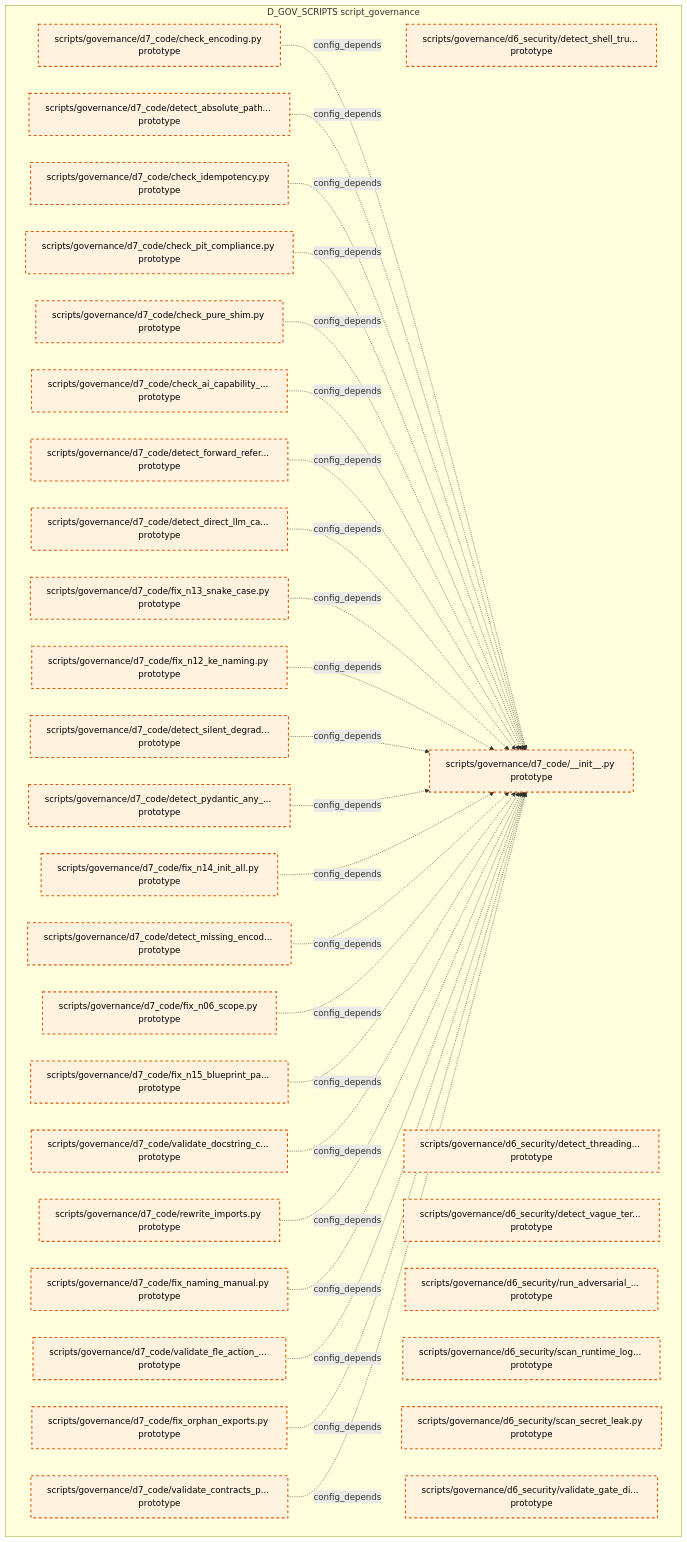
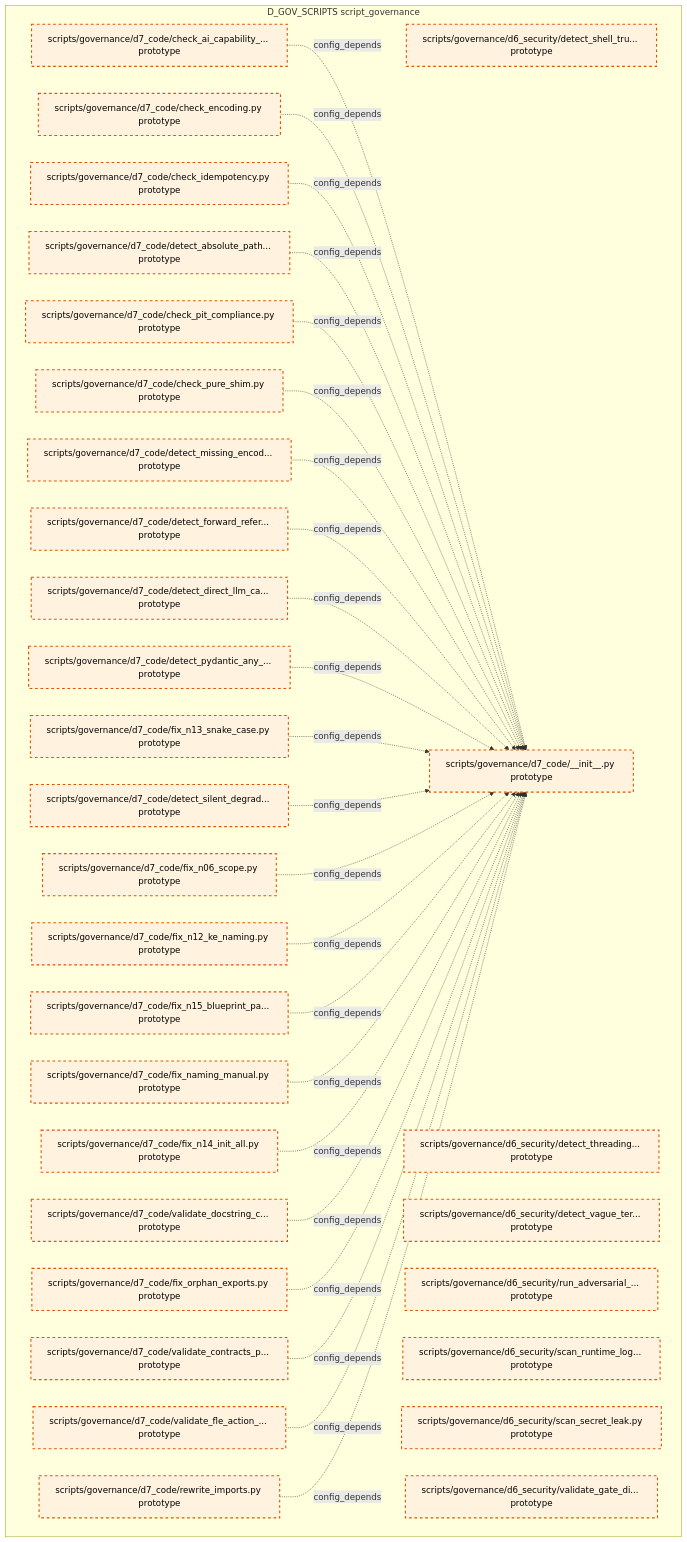
The tenth of 15 diagrams in docs/02_enterprise_architecture/02_domain_architecture_docs/36_d_gov_scripts.md (xuanFelixVan/ZephyrAlpha), drawn with Mermaid before and after one commit. The commit also changed other lines of this file and 99 other files, not shown here.

````diff
--- a/docs/02_enterprise_architecture/02_domain_architecture_docs/36_d_gov_scripts.md
+++ b/docs/02_enterprise_architecture/02_domain_architecture_docs/36_d_gov_scripts.md
@@ -691,62 +688,62 @@
 ```mermaid
 graph TD
     subgraph D_GOV_SCRIPTS["D_GOV_SCRIPTS script_governance"]
         scripts_governance_d6_security_detect_shell_true_py["scripts/governance/d6_security/detect_shell_tru... prototype"]
         scripts_governance_d6_security_detect_threading_lock_py["scripts/governance/d6_security/detect_threading... prototype"]
         scripts_governance_d6_security_detect_vague_terms_py["scripts/governance/d6_security/detect_vague_ter... prototype"]
         scripts_governance_d6_security_run_adversarial_checks_py["scripts/governance/d6_security/run_adversarial_... prototype"]
         scripts_governance_d6_security_scan_runtime_log_secrets_py["scripts/governance/d6_security/scan_runtime_log... prototype"]
         scripts_governance_d6_security_scan_secret_leak_py["scripts/governance/d6_security/scan_secret_leak.py prototype"]
         scripts_governance_d6_security_validate_gate_discipline_py["scripts/governance/d6_security/validate_gate_di... prototype"]
         scripts_governance_d7_code_init_py["scripts/governance/d7_code/__init__.py prototype"]
         scripts_governance_d7_code_check_ai_capability_boundary_py["scripts/governance/d7_code/check_ai_capability_... prototype"]
         scripts_governance_d7_code_check_encoding_py["scripts/governance/d7_code/check_encoding.py prototype"]
         scripts_governance_d7_code_check_idempotency_py["scripts/governance/d7_code/check_idempotency.py prototype"]
         scripts_governance_d7_code_check_pit_compliance_py["scripts/governance/d7_code/check_pit_compliance.py prototype"]
         scripts_governance_d7_code_check_pure_shim_py["scripts/governance/d7_code/check_pure_shim.py prototype"]
         scripts_governance_d7_code_detect_absolute_path_hardcoding_py["scripts/governance/d7_code/detect_absolute_path... prototype"]
         scripts_governance_d7_code_detect_direct_llm_calls_py["scripts/governance/d7_code/detect_direct_llm_ca... prototype"]
         scripts_governance_d7_code_detect_forward_reference_py["scripts/governance/d7_code/detect_forward_refer... prototype"]
         scripts_governance_d7_code_detect_missing_encoding_py["scripts/governance/d7_code/detect_missing_encod... prototype"]
         scripts_governance_d7_code_detect_pydantic_any_fields_py["scripts/governance/d7_code/detect_pydantic_any_... prototype"]
         scripts_governance_d7_code_detect_silent_degradation_py["scripts/governance/d7_code/detect_silent_degrad... prototype"]
         scripts_governance_d7_code_fix_n06_scope_py["scripts/governance/d7_code/fix_n06_scope.py prototype"]
         scripts_governance_d7_code_fix_n12_ke_naming_py["scripts/governance/d7_code/fix_n12_ke_naming.py prototype"]
         scripts_governance_d7_code_fix_n13_snake_case_py["scripts/governance/d7_code/fix_n13_snake_case.py prototype"]
         scripts_governance_d7_code_fix_n14_init_all_py["scripts/governance/d7_code/fix_n14_init_all.py prototype"]
         scripts_governance_d7_code_fix_n15_blueprint_path_py["scripts/governance/d7_code/fix_n15_blueprint_pa... prototype"]
         scripts_governance_d7_code_fix_naming_manual_py["scripts/governance/d7_code/fix_naming_manual.py prototype"]
         scripts_governance_d7_code_fix_orphan_exports_py["scripts/governance/d7_code/fix_orphan_exports.py prototype"]
         scripts_governance_d7_code_rewrite_imports_py["scripts/governance/d7_code/rewrite_imports.py prototype"]
         scripts_governance_d7_code_validate_contracts_purity_py["scripts/governance/d7_code/validate_contracts_p... prototype"]
         scripts_governance_d7_code_validate_docstring_coverage_py["scripts/governance/d7_code/validate_docstring_c... prototype"]
         scripts_governance_d7_code_validate_fle_action_metadata_py["scripts/governance/d7_code/validate_fle_action_... prototype"]
     end
+    scripts_governance_d7_code_check_ai_capability_boundary_py -.->|config_depends| scripts_governance_d7_code_init_py
     scripts_governance_d7_code_check_encoding_py -.->|config_depends| scripts_governance_d7_code_init_py
+    scripts_governance_d7_code_check_idempotency_py -.->|config_depends| scripts_governance_d7_code_init_py
     scripts_governance_d7_code_detect_absolute_path_hardcoding_py -.->|config_depends| scripts_governance_d7_code_init_py
-    scripts_governance_d7_code_check_idempotency_py -.->|config_depends| scripts_governance_d7_code_init_py
     scripts_governance_d7_code_check_pit_compliance_py -.->|config_depends| scripts_governance_d7_code_init_py
     scripts_governance_d7_code_check_pure_shim_py -.->|config_depends| scripts_governance_d7_code_init_py
-    scripts_governance_d7_code_check_ai_capability_boundary_py -.->|config_depends| scripts_governance_d7_code_init_py
+    scripts_governance_d7_code_detect_missing_encoding_py -.->|config_depends| scripts_governance_d7_code_init_py
     scripts_governance_d7_code_detect_forward_reference_py -.->|config_depends| scripts_governance_d7_code_init_py
     scripts_governance_d7_code_detect_direct_llm_calls_py -.->|config_depends| scripts_governance_d7_code_init_py
+    scripts_governance_d7_code_detect_pydantic_any_fields_py -.->|config_depends| scripts_governance_d7_code_init_py
     scripts_governance_d7_code_fix_n13_snake_case_py -.->|config_depends| scripts_governance_d7_code_init_py
+    scripts_governance_d7_code_detect_silent_degradation_py -.->|config_depends| scripts_governance_d7_code_init_py
+    scripts_governance_d7_code_fix_n06_scope_py -.->|config_depends| scripts_governance_d7_code_init_py
     scripts_governance_d7_code_fix_n12_ke_naming_py -.->|config_depends| scripts_governance_d7_code_init_py
-    scripts_governance_d7_code_detect_silent_degradation_py -.->|config_depends| scripts_governance_d7_code_init_py
-    scripts_governance_d7_code_detect_pydantic_any_fields_py -.->|config_depends| scripts_governance_d7_code_init_py
+    scripts_governance_d7_code_fix_n15_blueprint_path_py -.->|config_depends| scripts_governance_d7_code_init_py
+    scripts_governance_d7_code_fix_naming_manual_py -.->|config_depends| scripts_governance_d7_code_init_py
     scripts_governance_d7_code_fix_n14_init_all_py -.->|config_depends| scripts_governance_d7_code_init_py
-    scripts_governance_d7_code_detect_missing_encoding_py -.->|config_depends| scripts_governance_d7_code_init_py
-    scripts_governance_d7_code_fix_n06_scope_py -.->|config_depends| scripts_governance_d7_code_init_py
-    scripts_governance_d7_code_fix_n15_blueprint_path_py -.->|config_depends| scripts_governance_d7_code_init_py
     scripts_governance_d7_code_validate_docstring_coverage_py -.->|config_depends| scripts_governance_d7_code_init_py
-    scripts_governance_d7_code_rewrite_imports_py -.->|config_depends| scripts_governance_d7_code_init_py
-    scripts_governance_d7_code_fix_naming_manual_py -.->|config_depends| scripts_governance_d7_code_init_py
-    scripts_governance_d7_code_validate_fle_action_metadata_py -.->|config_depends| scripts_governance_d7_code_init_py
     scripts_governance_d7_code_fix_orphan_exports_py -.->|config_depends| scripts_governance_d7_code_init_py
     scripts_governance_d7_code_validate_contracts_purity_py -.->|config_depends| scripts_governance_d7_code_init_py
+    scripts_governance_d7_code_validate_fle_action_metadata_py -.->|config_depends| scripts_governance_d7_code_init_py
+    scripts_governance_d7_code_rewrite_imports_py -.->|config_depends| scripts_governance_d7_code_init_py
     classDef production fill:#e1f5fe,stroke:#01579b,stroke-width:2px,color:#000
     classDef design fill:#fff3e0,stroke:#e65100,stroke-width:2px,color:#000,stroke-dasharray: 5 5
     classDef external_prod fill:#e8f5e9,stroke:#1b5e20,stroke-width:1px,color:#000
     classDef external_design fill:#fce4ec,stroke:#880e4f,stroke-width:1px,color:#000,stroke-dasharray: 5 5
     class scripts_governance_d6_security_detect_shell_true_py,scripts_governance_d6_security_detect_threading_lock_py,scripts_governance_d6_security_detect_vague_terms_py,scripts_governance_d6_security_run_adversarial_checks_py,scripts_governance_d6_security_scan_runtime_log_secrets_py,scripts_governance_d6_security_scan_secret_leak_py,scripts_governance_d6_security_validate_gate_discipline_py,scripts_governance_d7_code_init_py,scripts_governance_d7_code_check_ai_capability_boundary_py,scripts_governance_d7_code_check_encoding_py,scripts_governance_d7_code_check_idempotency_py,scripts_governance_d7_code_check_pit_compliance_py,scripts_governance_d7_code_check_pure_shim_py,scripts_governance_d7_code_detect_absolute_path_hardcoding_py,scripts_governance_d7_code_detect_direct_llm_calls_py,scripts_governance_d7_code_detect_forward_reference_py,scripts_governance_d7_code_detect_missing_encoding_py,scripts_governance_d7_code_detect_pydantic_any_fields_py,scripts_governance_d7_code_detect_silent_degradation_py,scripts_governance_d7_code_fix_n06_scope_py,scripts_governance_d7_code_fix_n12_ke_naming_py,scripts_governance_d7_code_fix_n13_snake_case_py,scripts_governance_d7_code_fix_n14_init_all_py,scripts_governance_d7_code_fix_n15_blueprint_path_py,scripts_governance_d7_code_fix_naming_manual_py,scripts_governance_d7_code_fix_orphan_exports_py,scripts_governance_d7_code_rewrite_imports_py,scripts_governance_d7_code_validate_contracts_purity_py,scripts_governance_d7_code_validate_docstring_coverage_py,scripts_governance_d7_code_validate_fle_action_metadata_py design
 ```
````
